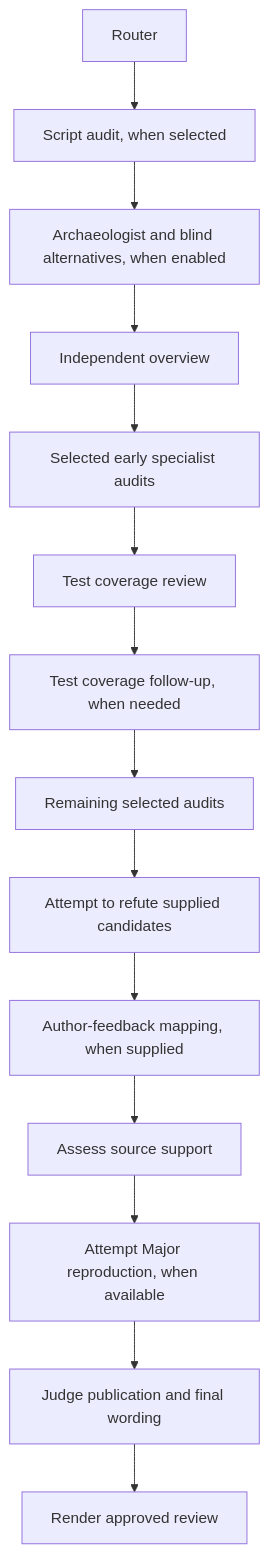
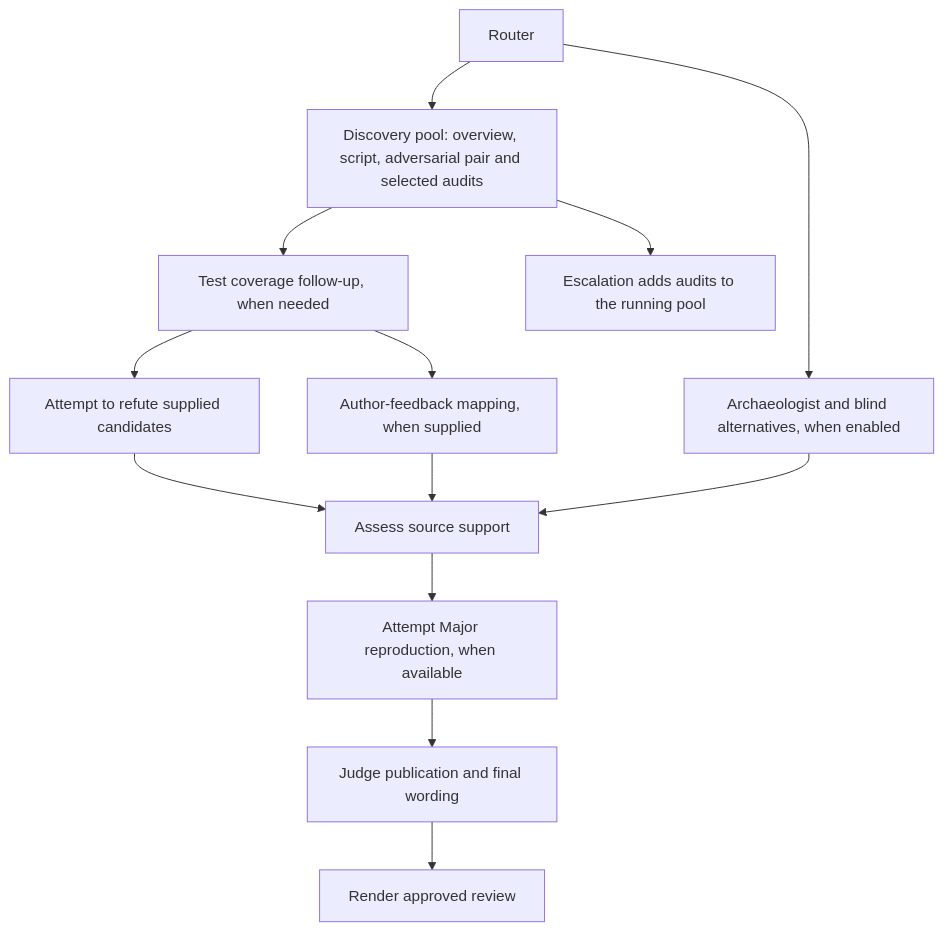
One commit to willcl-ark/nix changed the diagram in pkgs/ralph/agents/README.md. Above: the diagram before and after it, drawn with Mermaid. The commit also changed other lines of this file and 2 other files, not shown here.

Commit message:
ralph: document concurrent discovery
The agent flow, module README and package README described the serial
discovery order, including the script audit running before research and the
correctness audits running before tests and design. Describe the bounded
discovery pool, concurrent research, escalation into the running pool, and
the fixed candidate order instead.

````diff
--- a/pkgs/ralph/agents/README.md
+++ b/pkgs/ralph/agents/README.md
@@ -9,16 +9,15 @@
 ```mermaid
 flowchart TD
-    router[Router] --> script[Script audit, when selected]
-    script --> history[Archaeologist and blind alternatives, when enabled]
-    history --> independent[Independent overview]
-    independent --> audits[Selected early specialist audits]
-    audits --> tests[Test coverage review]
-    tests --> followup[Test coverage follow-up, when needed]
-    followup --> remaining[Remaining selected audits]
-    remaining --> challenger[Attempt to refute supplied candidates]
-    challenger --> feedback[Author-feedback mapping, when supplied]
-    feedback --> verifier[Assess source support]
+    router[Router] --> discovery[Discovery pool: overview, script, adversarial pair and selected audits]
+    router --> history[Archaeologist and blind alternatives, when enabled]
+    discovery --> followup[Test coverage follow-up, when needed]
+    discovery --> escalation[Escalation adds audits to the running pool]
+    followup --> challenger[Attempt to refute supplied candidates]
+    followup --> feedback[Author-feedback mapping, when supplied]
+    challenger --> verifier[Assess source support]
+    feedback --> verifier
+    history --> verifier
     verifier --> write[Attempt Major reproduction, when available]
     write --> judge[Judge publication and final wording]
     judge --> render[Render approved review]
 ```
````
